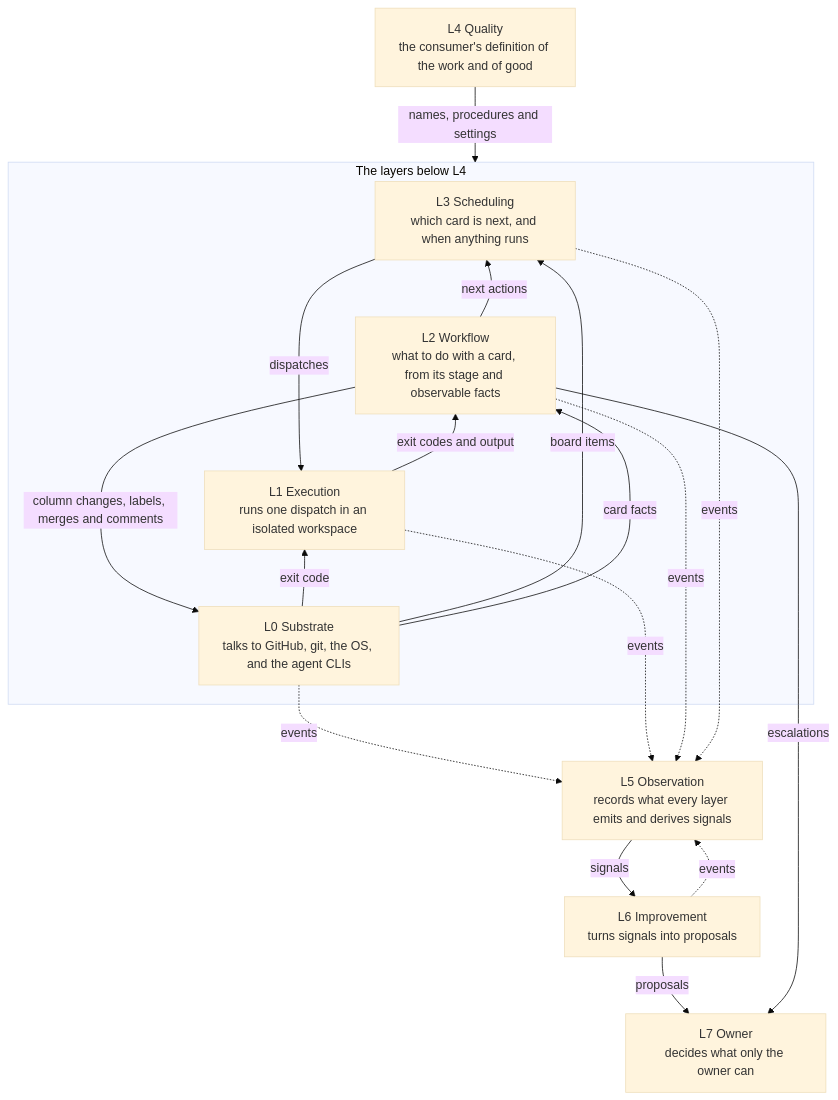
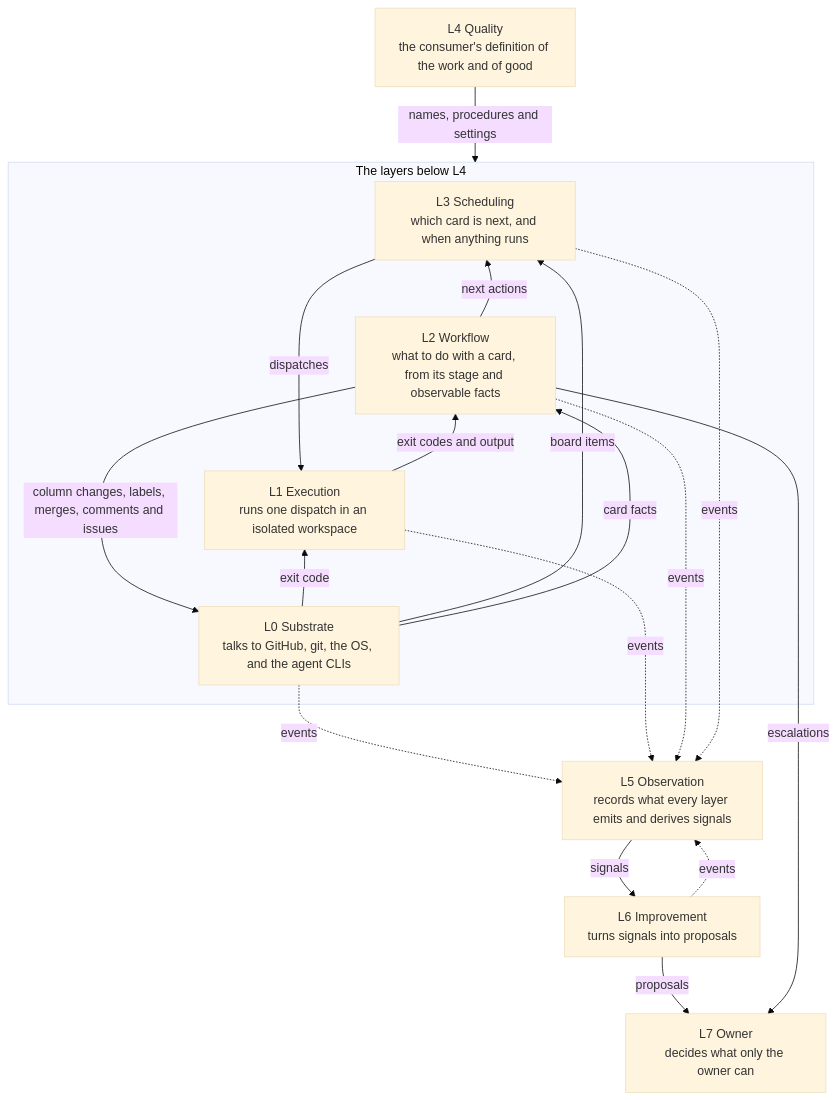
One commit to williacj/rigger changed the diagram in ARCHITECTURE.md. Above: the diagram before and after it, drawn with Mermaid (base theme). The commit also changed other lines of this file and 1 other file, not shown here.

First line of the commit message:
Place the status issue in the architecture (#752)

````diff
--- a/ARCHITECTURE.md
+++ b/ARCHITECTURE.md
@@ -87,31 +93,31 @@
 ```mermaid
 flowchart TB
   L5["L5 Observation<br/>records what every layer emits and derives signals"]
   L6["L6 Improvement<br/>turns signals into proposals"]
   L7["L7 Owner<br/>decides what only the owner can"]
   L4["L4 Quality<br/>the consumer's definition of the work and of good"]
   subgraph below["The layers below L4"]
     L3["L3 Scheduling<br/>which card is next, and when anything runs"]
     L2["L2 Workflow<br/>what to do with a card, from its stage and observable facts"]
     L1["L1 Execution<br/>runs one dispatch in an isolated workspace"]
     L0["L0 Substrate<br/>talks to GitHub, git, the OS, and the agent CLIs"]
   end
   %% Invisible links, carrying nothing but the order of the stack.
   L3 ~~~ L2 ~~~ L1 ~~~ L0
   L4 -->|names, procedures and settings| below
   L2 -->|next actions| L3
   L3 -->|dispatches| L1
   L1 -->|exit codes and output| L2
   L0 -->|exit code| L1
   L0 -->|board items| L3
   L0 -->|card facts| L2
-  L2 -->|column changes, labels, merges and comments| L0
+  L2 -->|column changes, labels, merges, comments and issues| L0
   L0 -.->|events| L5
   L1 -.->|events| L5
   L2 -.->|events| L5
   L3 -.->|events| L5
   L6 -.->|events| L5
   L5 -->|signals| L6
   L6 -->|proposals| L7
   L2 -->|escalations| L7
 ```
````
